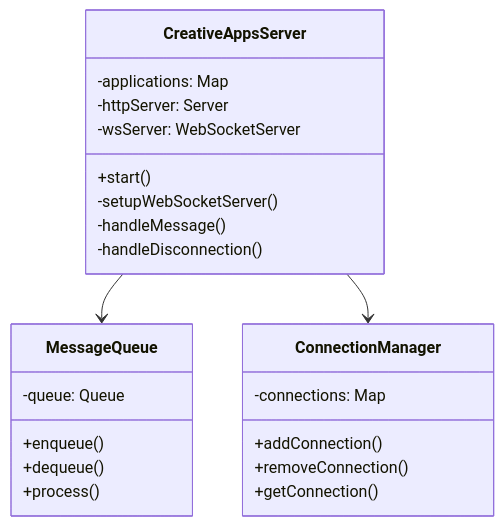
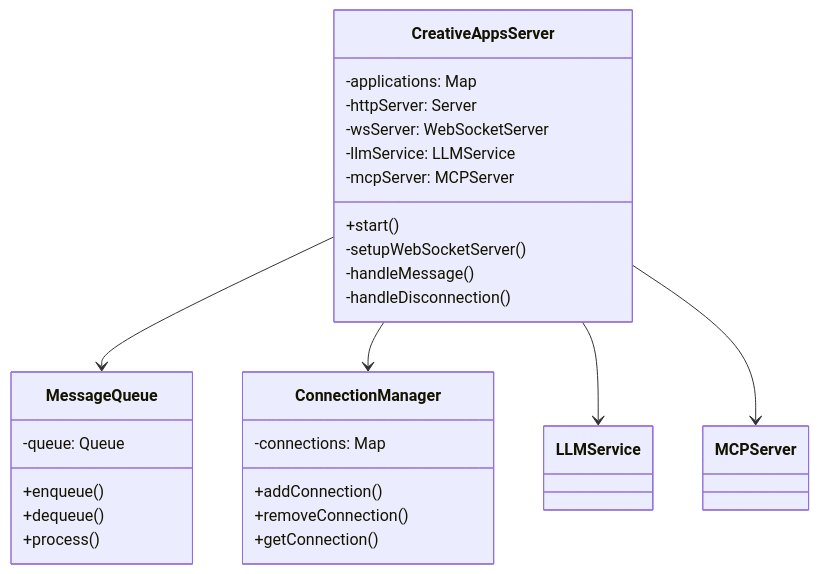
One commit to lightfastai/computer changed the third of 10 diagrams in docs/ARCHITECTURE.md. Above: the diagram before and after it, drawn with Mermaid. The commit also changed other lines of this file and 1 other file, not shown here.

````diff
--- a/docs/ARCHITECTURE.md
+++ b/docs/ARCHITECTURE.md
@@ -18,29 +78,33 @@
 ```mermaid
 classDiagram
     class CreativeAppsServer {
         -applications: Map
         -httpServer: Server
         -wsServer: WebSocketServer
+        -llmService: LLMService
+        -mcpServer: MCPServer
         +start()
         -setupWebSocketServer()
         -handleMessage()
         -handleDisconnection()
     }
 
     class MessageQueue {
         -queue: Queue
         +enqueue()
         +dequeue()
         +process()
     }
 
     class ConnectionManager {
         -connections: Map
         +addConnection()
         +removeConnection()
         +getConnection()
     }
 
     CreativeAppsServer --> MessageQueue
     CreativeAppsServer --> ConnectionManager
+    CreativeAppsServer --> LLMService
+    CreativeAppsServer --> MCPServer
 ```
````
